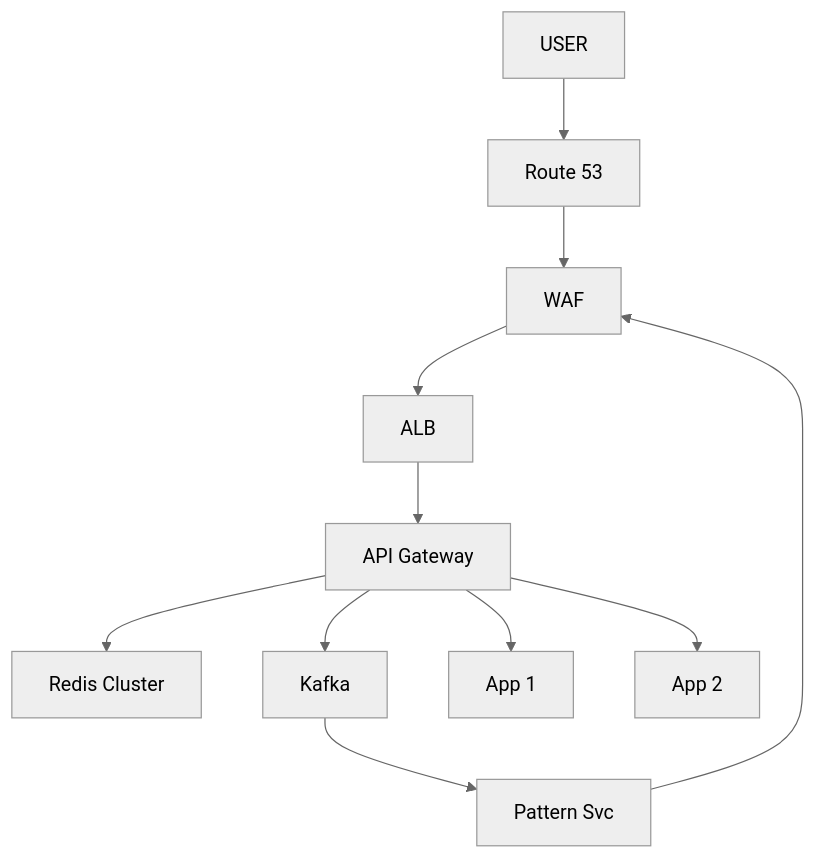
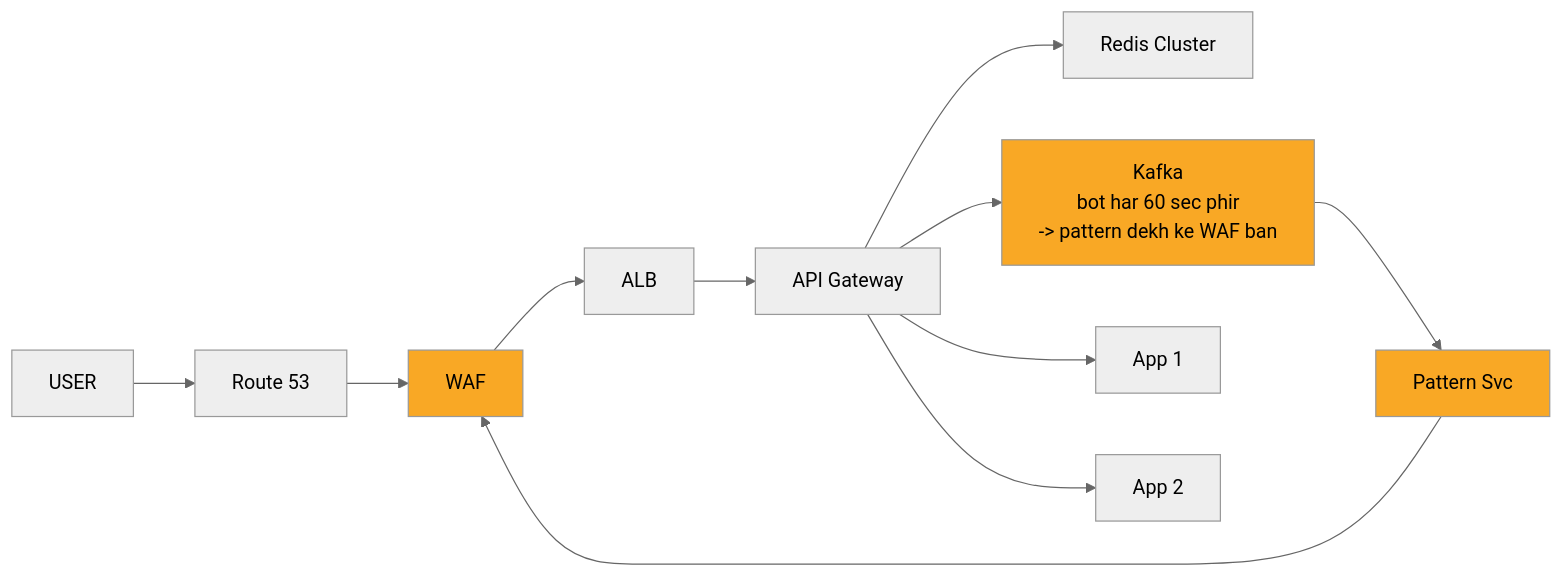
One commit to ArpanMaheshwari144/Prep changed the seventh of 11 diagrams in 04_HLD/SYSTEM_DESIGNS/02_rate_limiter/02_rate_limiter.md. Above: the diagram before and after it, drawn with Mermaid (neutral theme). The commit also changed other lines of this file and 2 other files, not shown here.

Commit message:
url shortener, rate limiter, twitter: one-day story, short cards, follow-ups with rules, highlighted diagrams

````diff
--- a/04_HLD/SYSTEM_DESIGNS/02_rate_limiter/02_rate_limiter.md
+++ b/04_HLD/SYSTEM_DESIGNS/02_rate_limiter/02_rate_limiter.md
@@ -276,23 +291,26 @@
 ```mermaid
-flowchart TD
+flowchart LR
     n_USER["USER"]
     n_Route_53["Route 53"]
     n_ALB["ALB"]
     n_API_Gateway["API Gateway"]
     n_Redis_Cluster["Redis Cluster"]
-    n_Kafka["Kafka"]
+    n_Kafka["Kafka<br/>bot har 60 sec phir<br/>-> pattern dekh ke WAF ban"]
     n_Pattern_Svc["Pattern Svc"]
     n_WAF["WAF"]
     n_App_x_N_1["App 1"]
     n_App_x_N_2["App 2"]
     n_ALB --> n_API_Gateway
     n_API_Gateway --> n_Redis_Cluster
     n_API_Gateway --> n_App_x_N_1
     n_API_Gateway --> n_App_x_N_2
     n_Kafka --> n_Pattern_Svc
     n_Pattern_Svc --> n_WAF
     n_API_Gateway --> n_Kafka
     n_USER --> n_Route_53
     n_Route_53 --> n_WAF
     n_WAF --> n_ALB
+    style n_Kafka fill:#f9a825,color:#000
+    style n_Pattern_Svc fill:#f9a825,color:#000
+    style n_WAF fill:#f9a825,color:#000
 ```
````
